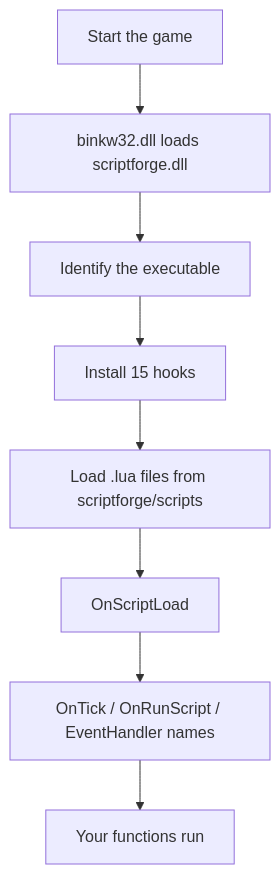
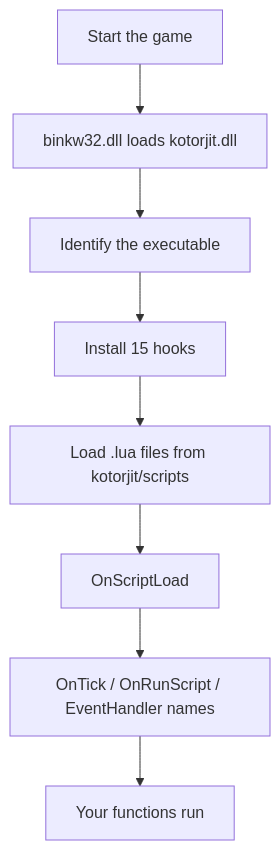
Before and after one commit to kolto-labs/KotorJIT: the diagram in docs/user/README.md, drawn with Mermaid. The commit also changed other lines of this file and 141 other files, not shown here.

````diff
--- a/docs/user/README.md
+++ b/docs/user/README.md
@@ -10,10 +10,10 @@
 ```mermaid
 flowchart TD
-    A[Start the game] --> B[binkw32.dll loads scriptforge.dll]
+    A[Start the game] --> B[binkw32.dll loads kotorjit.dll]
     B --> C[Identify the executable]
     C --> D[Install 15 hooks]
-    D --> E[Load .lua files from scriptforge/scripts]
+    D --> E[Load .lua files from kotorjit/scripts]
     E --> F[OnScriptLoad]
     F --> G[OnTick / OnRunScript / EventHandler names]
     G --> H[Your functions run]
 ```
````
